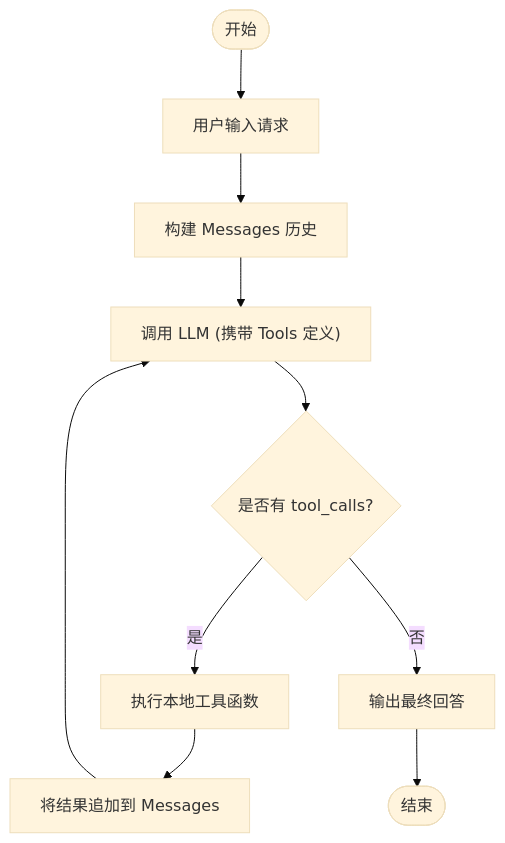
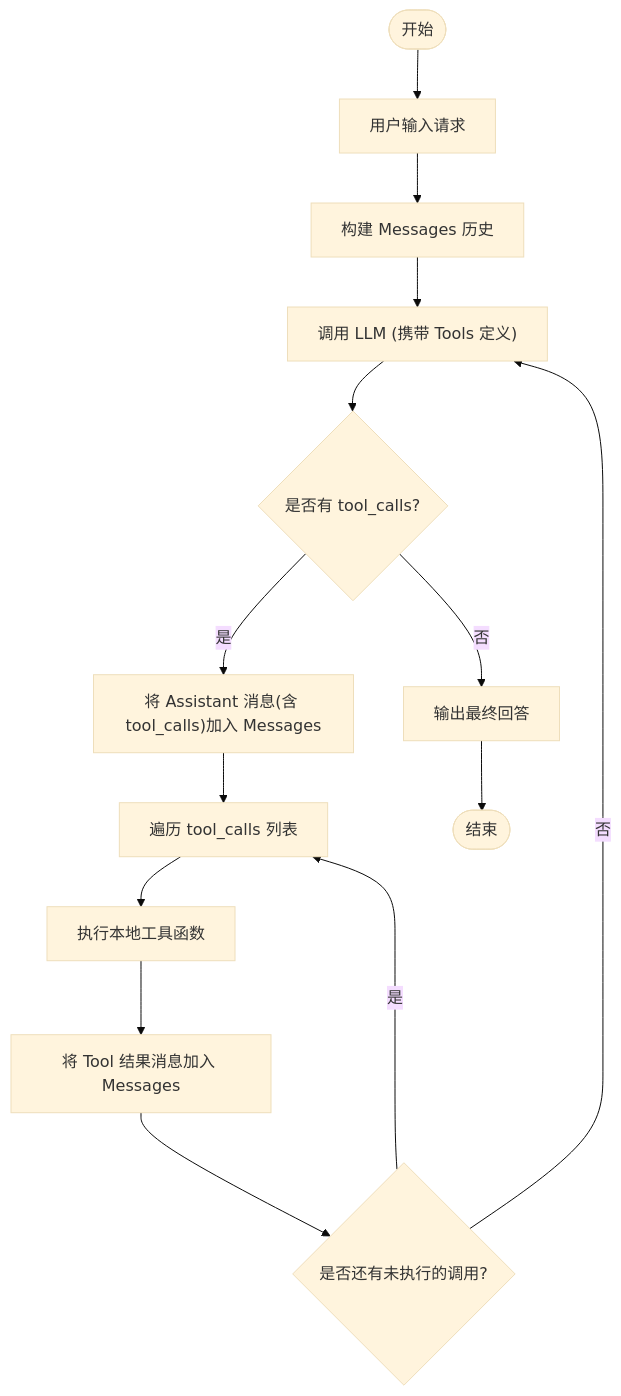
One commit to winsonwq/ai-courses changed the second of 2 diagrams in 02-L02 实操课：解构 Agent 的“手” —— 原生 Tool Use 全流程/README.md. Above: the diagram before and after it, drawn with Mermaid (base theme).

Commit message:
docs: detail tool_calls iteration in logic flow diagram
- Updated the logic flow diagram to show the loop over multiple tool calls within a single LLM response.
- Clarified the message appending process for assistant and tool roles.

````diff
--- a/02-L02 实操课：解构 Agent 的“手” —— 原生 Tool Use 全流程/README.md
+++ b/02-L02 实操课：解构 Agent 的“手” —— 原生 Tool Use 全流程/README.md
@@ -52,12 +52,16 @@
 ```mermaid
 flowchart TD
     A([开始]) --> B["用户输入请求"]
     B --> C["构建 Messages 历史"]
     C --> D["调用 LLM (携带 Tools 定义)"]
     D --> E{"是否有 tool_calls?"}
-    E -- "是" --> F["执行本地工具函数"]
-    F --> G["将结果追加到 Messages"]
-    G --> D
-    E -- "否" --> H["输出最终回答"]
-    H --> I([结束])
+    E -- "是" --> F["将 Assistant 消息(含 tool_calls)加入 Messages"]
+    F --> G["遍历 tool_calls 列表"]
+    G --> H["执行本地工具函数"]
+    H --> I["将 Tool 结果消息加入 Messages"]
+    I --> J{"是否还有未执行的调用?"}
+    J -- "是" --> G
+    J -- "否" --> D
+    E -- "否" --> K["输出最终回答"]
+    K --> L([结束])
 ```
````
